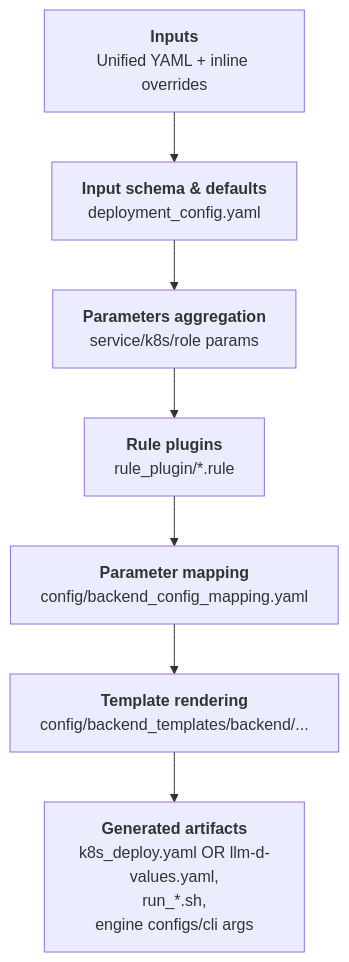
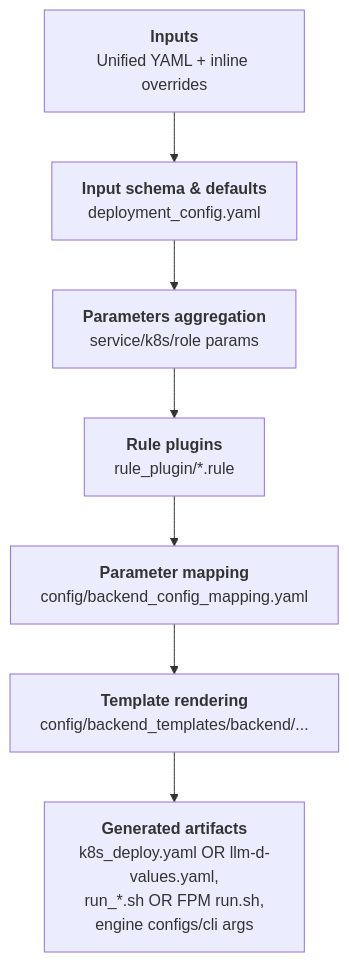
One commit to ai-dynamo/aiconfigurator changed the diagram in docs/generator_overview.md. Above: the diagram before and after it, drawn with Mermaid. The commit also changed other lines of this file and 12 other files, not shown here.

````diff
--- a/docs/generator_overview.md
+++ b/docs/generator_overview.md
@@ -6,9 +6,9 @@
 ```mermaid
 flowchart TD
   A[<b>Inputs</b><br/>Unified YAML + inline overrides] --> B[<b>Input schema & defaults</b><br/>deployment_config.yaml]
   B --> C[<b>Parameters aggregation</b><br/>service/k8s/role params]
   C --> D[<b>Rule plugins</b><br/>rule_plugin/*.rule]
   D --> E[<b>Parameter mapping</b><br/>config/backend_config_mapping.yaml]
   E --> F[<b>Template rendering</b><br/>config/backend_templates/backend/...]
-  F --> G[<b>Generated artifacts</b><br/>k8s_deploy.yaml OR llm-d-values.yaml,<br/>run_*.sh,<br/>engine configs/cli args]
+  F --> G[<b>Generated artifacts</b><br/>k8s_deploy.yaml OR llm-d-values.yaml,<br/>run_*.sh OR FPM run.sh,<br/>engine configs/cli args]
 ```
````
